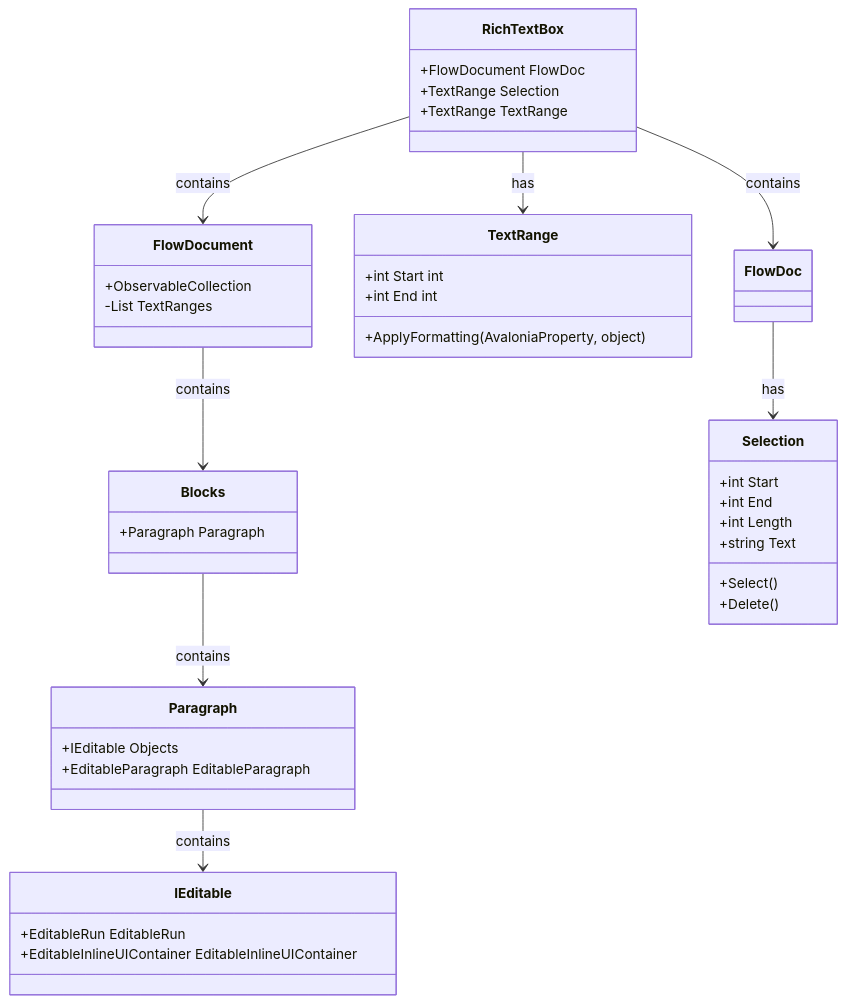
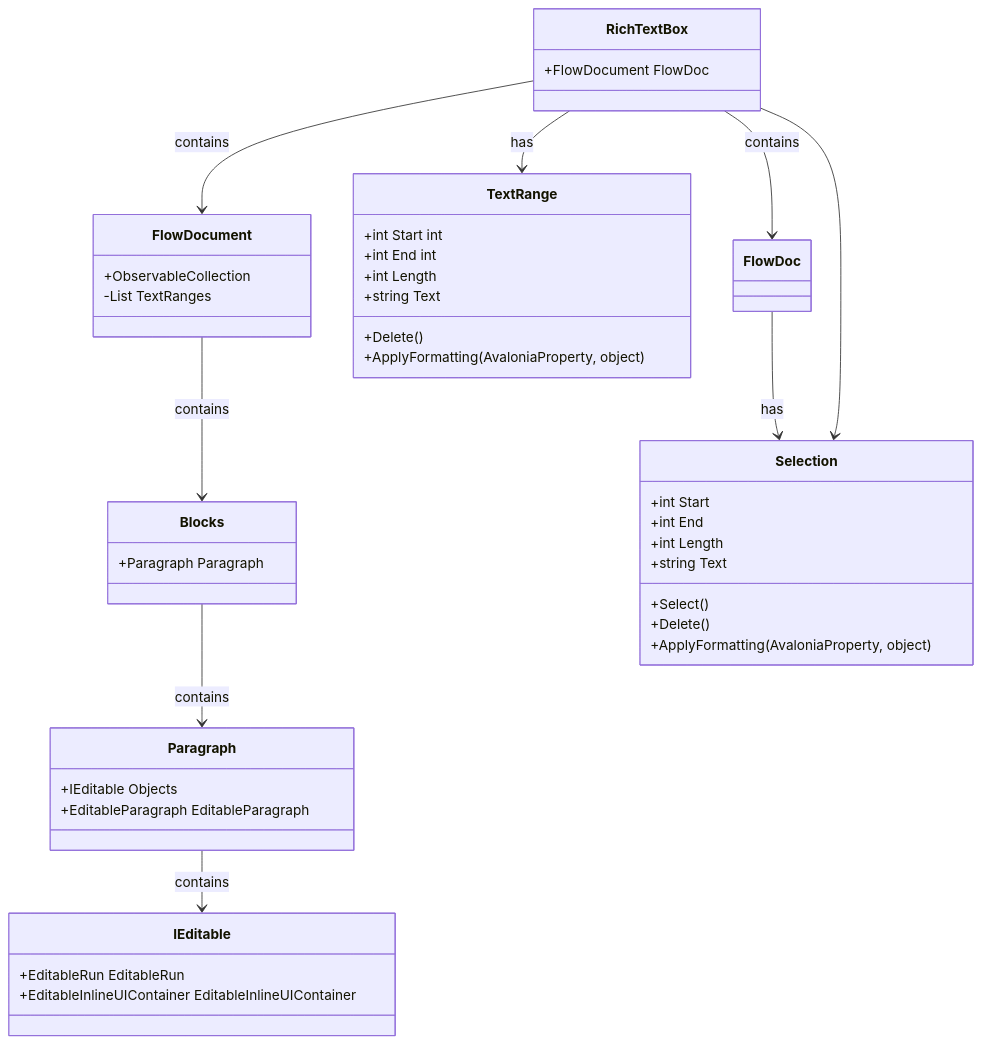
One commit to cuikp/AvRichTextBox changed the diagram in README.md. Above: the diagram before and after it, drawn with Mermaid.

Commit message:
Update project files

````diff
--- a/README.md
+++ b/README.md
@@ -13,44 +13,47 @@
 ```mermaid
 classDiagram
     class RichTextBox{
         +FlowDocument FlowDoc
-        +TextRange Selection
-        +TextRange TextRange
     }
     class FlowDocument{
         +ObservableCollection<Blocks>
         -List<TextRange> TextRanges
     }
     class Blocks{
         +Paragraph Paragraph
     }
     class Paragraph{
         +IEditable Objects
         +EditableParagraph EditableParagraph
     }
     class IEditable{
         +EditableRun EditableRun
         +EditableInlineUIContainer EditableInlineUIContainer
     }
     class Selection{
         +int Start
         +int End
         +int Length
         +Select()
         +Delete()
         +string Text
+        +ApplyFormatting(AvaloniaProperty, object)
     }
     class TextRange{
         +int Start int
         +int End int
+        +int Length
+        +Delete()
+        +string Text
         +ApplyFormatting(AvaloniaProperty, object)
     }
     RichTextBox --> FlowDocument : contains
     FlowDocument --> Blocks : contains
     Blocks --> Paragraph : contains
     Paragraph --> IEditable : contains
     FlowDoc--> Selection : has
     RichTextBox --> TextRange : has
+    RichTextBox --> Selection
     RichTextBox --> FlowDoc : contains
 
 ```
````
